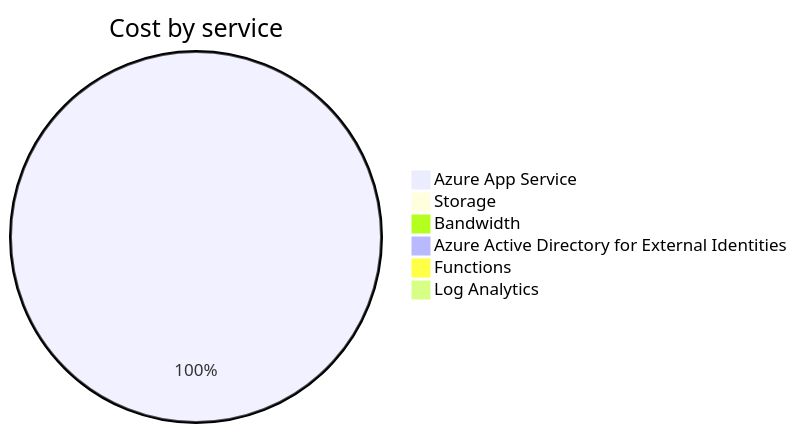
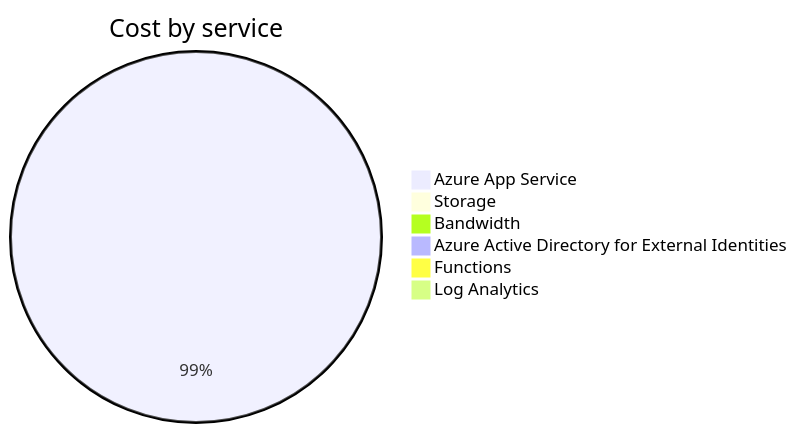
Before and after one commit to jpfulton/azure-personal-reports: the second of 4 diagrams in cost-reports/personal-site/README.md, drawn with Mermaid. The commit also changed other lines of this file and 7 other files, not shown here.

````diff
--- a/cost-reports/personal-site/README.md
+++ b/cost-reports/personal-site/README.md
@@ -100,10 +100,10 @@
 ```mermaid
 pie
    title Cost by service
-   "Azure App Service" : 5.30
-   "Storage" : 0.02
+   "Azure App Service" : 5.82
+   "Storage" : 0.03
    "Bandwidth" : 0.00
    "Azure Active Directory for External Identities" : 0.00
    "Functions" : 0.00
    "Log Analytics" : 0.00
 ```
````
